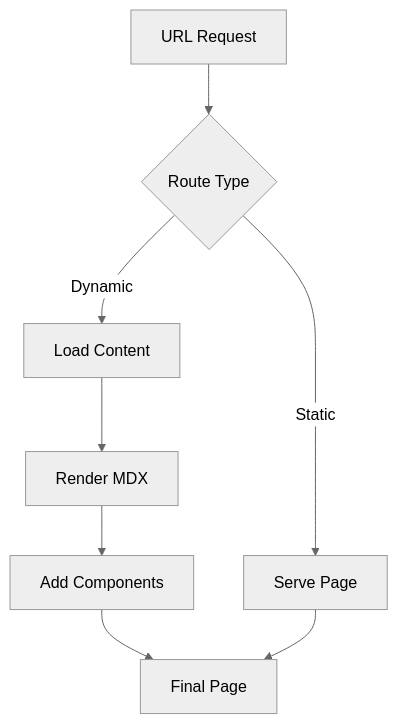
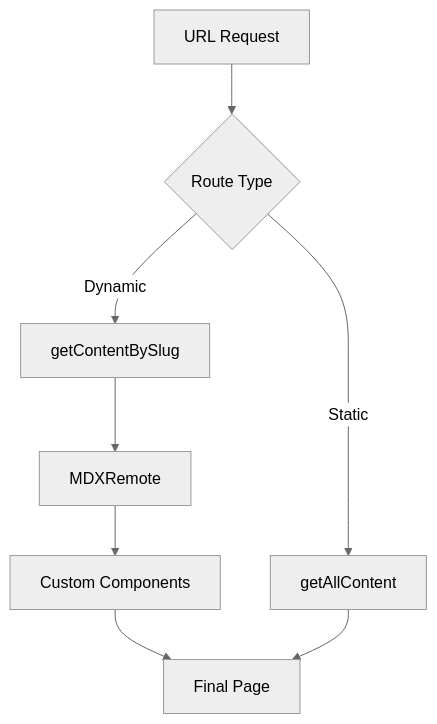
The third of 3 diagrams in docs/content-management.md (ddri/openqase), drawn with Mermaid (neutral theme) before and after one commit. The commit also changed other lines of this file and 11 other files, not shown here.

````diff
--- a/docs/content-management.md
+++ b/docs/content-management.md
@@ -167,10 +187,10 @@
 ```mermaid
 graph TD
     A[URL Request] --> B{Route Type}
-    B -->|Dynamic| C[Load Content]
-    B -->|Static| D[Serve Page]
-    C --> E[Render MDX]
-    E --> F[Add Components]
+    B -->|Dynamic| C[getContentBySlug]
+    B -->|Static| D[getAllContent]
+    C --> E[MDXRemote]
+    E --> F[Custom Components]
     F --> G[Final Page]
     D --> G
 ```
````
